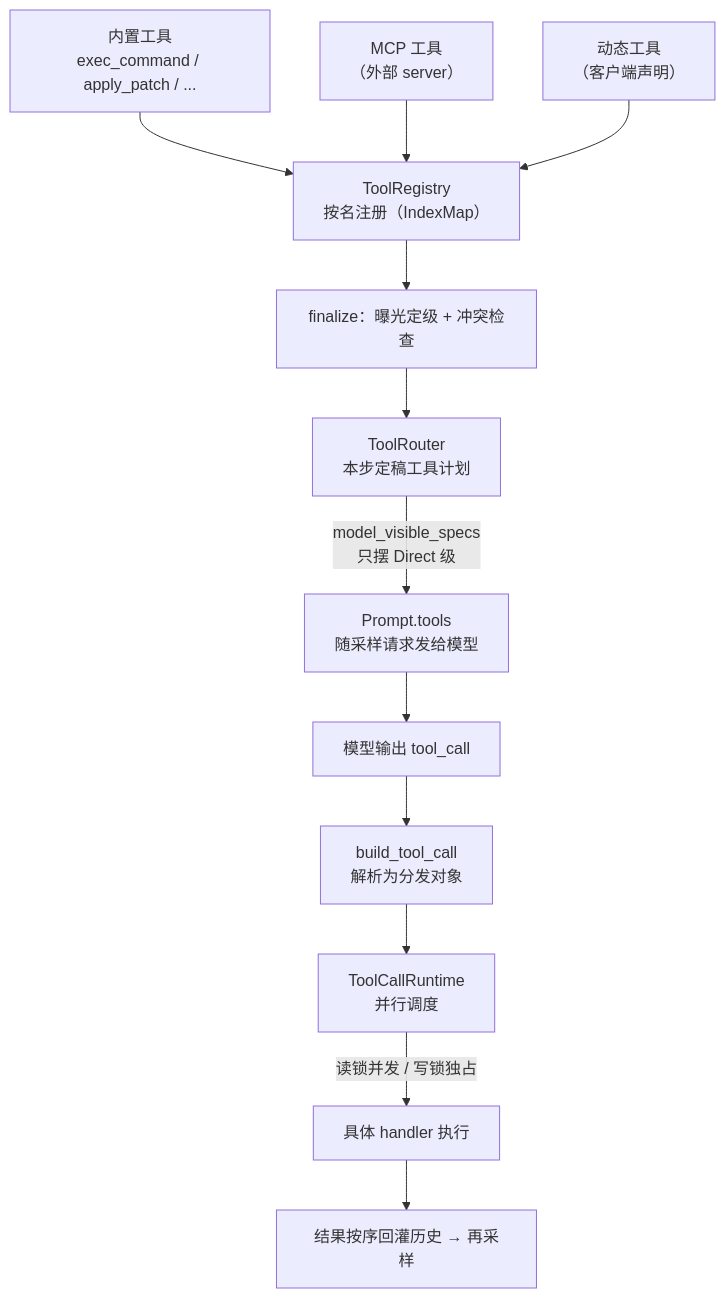
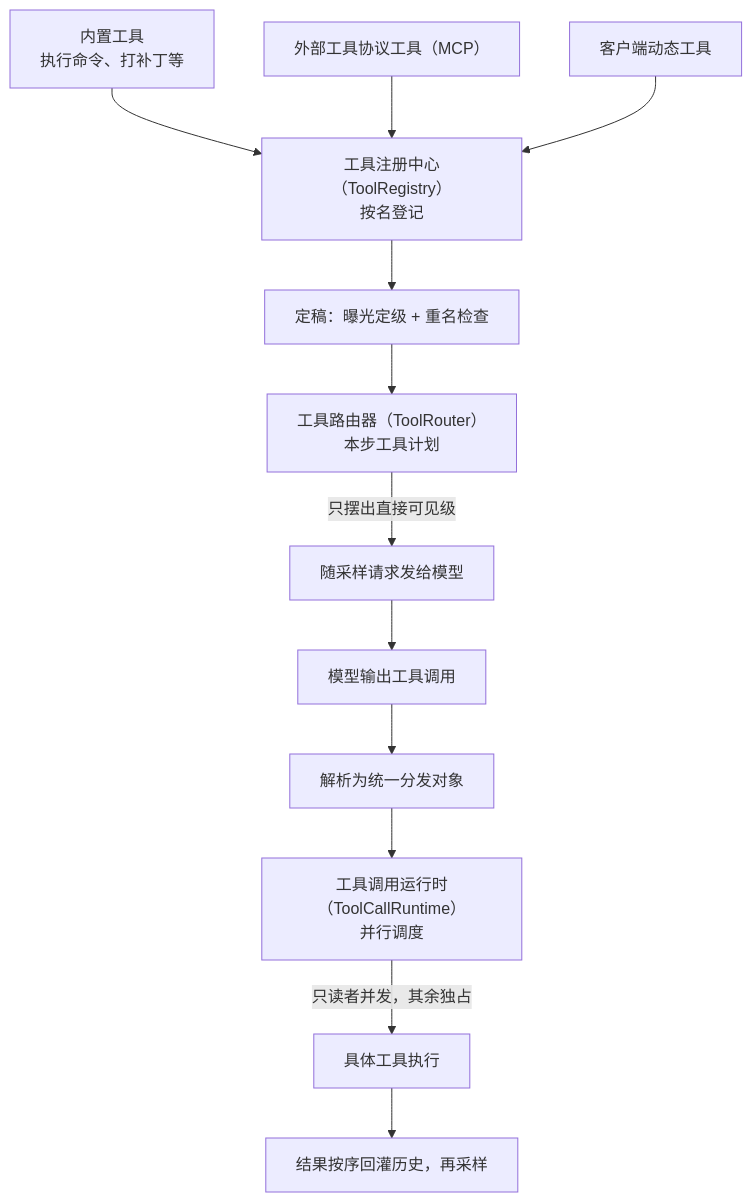
Before and after one commit to 13927/codex-book: the diagram in src/part4/tools.md, drawn with Mermaid. The commit also changed other lines of this file and 14 other files, not shown here.

````diff
--- a/src/part4/tools.md
+++ b/src/part4/tools.md
@@ -35,14 +53,14 @@
 ```mermaid
 flowchart TD
-    BI["内置工具<br/>exec_command / apply_patch / ..."] --> REG["ToolRegistry<br/>按名注册（IndexMap）"]
-    MCP["MCP 工具<br/>（外部 server）"] --> REG
-    DYN["动态工具<br/>（客户端声明）"] --> REG
-    REG --> FIN["finalize：曝光定级 + 冲突检查"]
-    FIN --> TR["ToolRouter<br/>本步定稿工具计划"]
-    TR -- "model_visible_specs<br/>只摆 Direct 级" --> PR["Prompt.tools<br/>随采样请求发给模型"]
-    PR --> OUT["模型输出 tool_call"]
-    OUT --> BLD["build_tool_call<br/>解析为分发对象"]
-    BLD --> RUN["ToolCallRuntime<br/>并行调度"]
-    RUN -- "读锁并发 / 写锁独占" --> HD["具体 handler 执行"]
-    HD --> BACK["结果按序回灌历史 → 再采样"]
+    BI["内置工具<br/>执行命令、打补丁等"] --> REG["工具注册中心（ToolRegistry）<br/>按名登记"]
+    MCP["外部工具协议工具（MCP）"] --> REG
+    DYN["客户端动态工具"] --> REG
+    REG --> FIN["定稿：曝光定级 + 重名检查"]
+    FIN --> TR["工具路由器（ToolRouter）<br/>本步工具计划"]
+    TR -- "只摆出直接可见级" --> PR["随采样请求发给模型"]
+    PR --> OUT["模型输出工具调用"]
+    OUT --> BLD["解析为统一分发对象"]
+    BLD --> RUN["工具调用运行时（ToolCallRuntime）<br/>并行调度"]
+    RUN -- "只读者并发，其余独占" --> HD["具体工具执行"]
+    HD --> BACK["结果按序回灌历史，再采样"]
 ```
````
